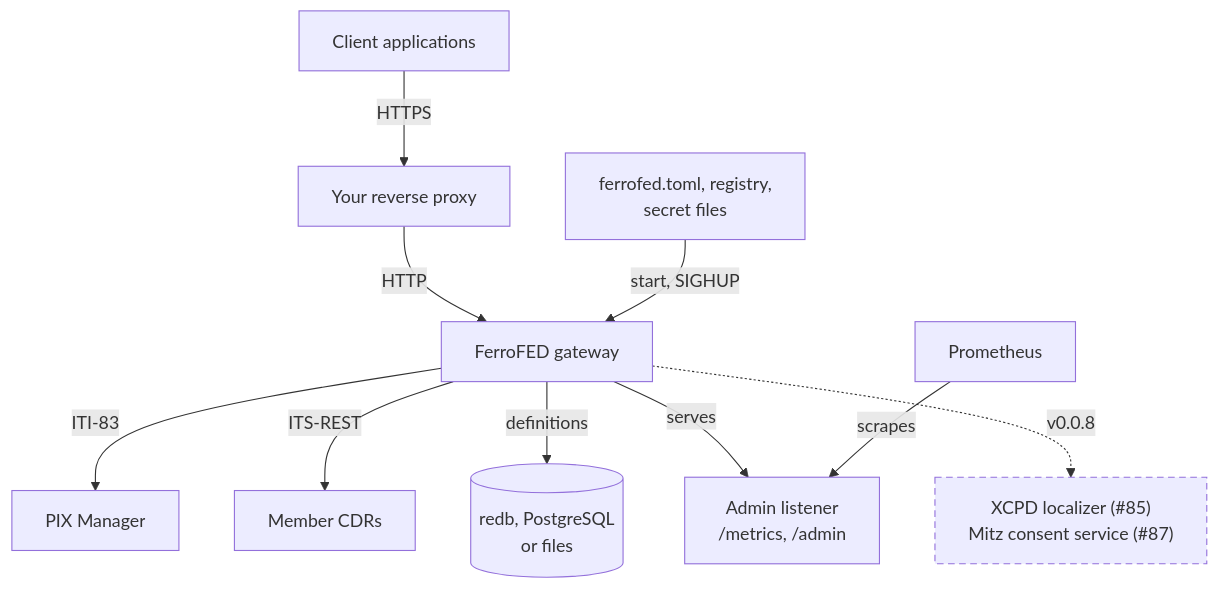
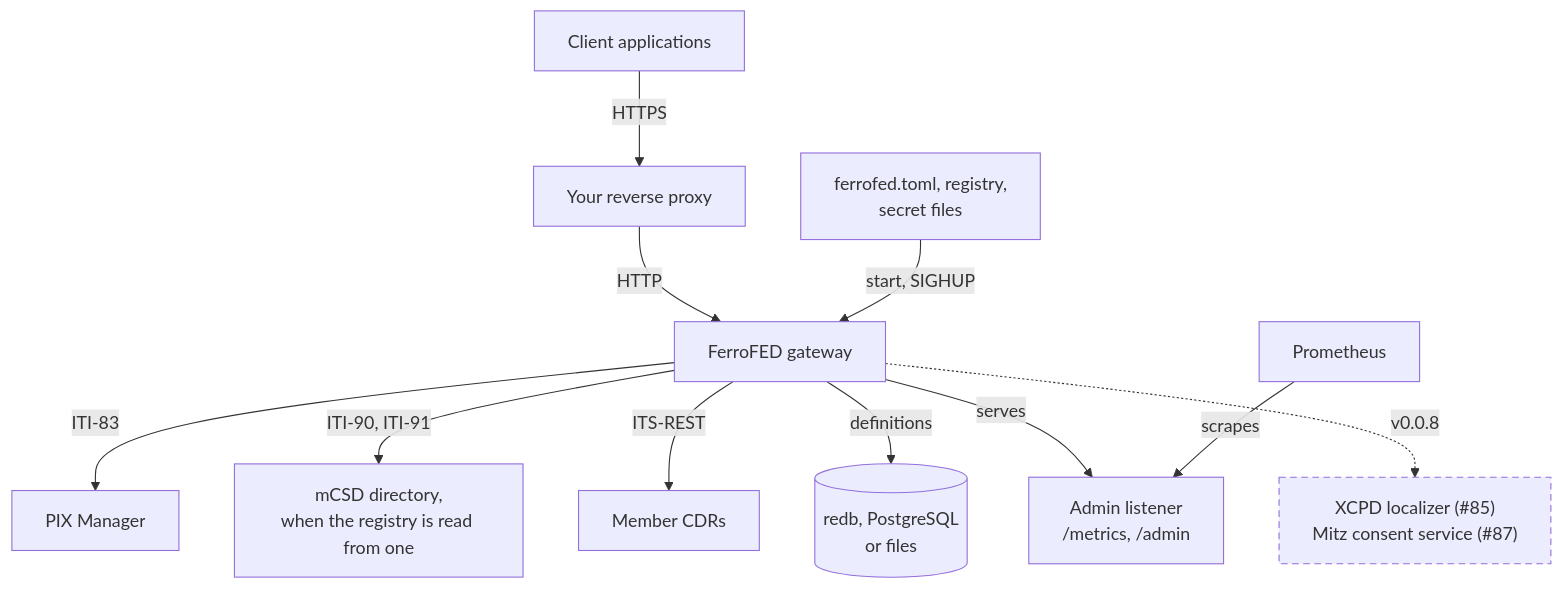
One commit to FerroHEALTH/FerroFED changed the second of 3 diagrams in website/book/src/how-it-works/deployment.md. Above: the diagram before and after it, drawn with Mermaid. The commit also changed other lines of this file and 79 other files, not shown here.

First line of the commit message:
feat(registry): the registry read from an mCSD directory and kept in step with ITI-91 (#86)

````diff
--- a/website/book/src/how-it-works/deployment.md
+++ b/website/book/src/how-it-works/deployment.md
@@ -56,13 +56,14 @@
 ```mermaid
 flowchart TB
     classDef planned stroke-dasharray: 6 4
     clients["Client applications"] -->|"HTTPS"| proxy["Your reverse proxy"]
     proxy -->|"HTTP"| gw["FerroFED gateway"]
     cfg["ferrofed.toml, registry,<br/>secret files"] -->|"start, SIGHUP"| gw
     gw -->|"ITI-83"| pix["PIX Manager"]
+    gw -->|"ITI-90, ITI-91"| mcsd["mCSD directory,<br/>when the registry is read from one"]
     gw -->|"ITS-REST"| nodes["Member CDRs"]
     gw -->|"definitions"| store[("redb, PostgreSQL<br/>or files")]
     gw -->|"serves"| admin["Admin listener<br/>/metrics, /admin"]
     prom["Prometheus"] -->|"scrapes"| admin
     gw -.->|"v0.0.8"| planned["XCPD localizer (#85)<br/>Mitz consent service (#87)"]:::planned
 ```
````
